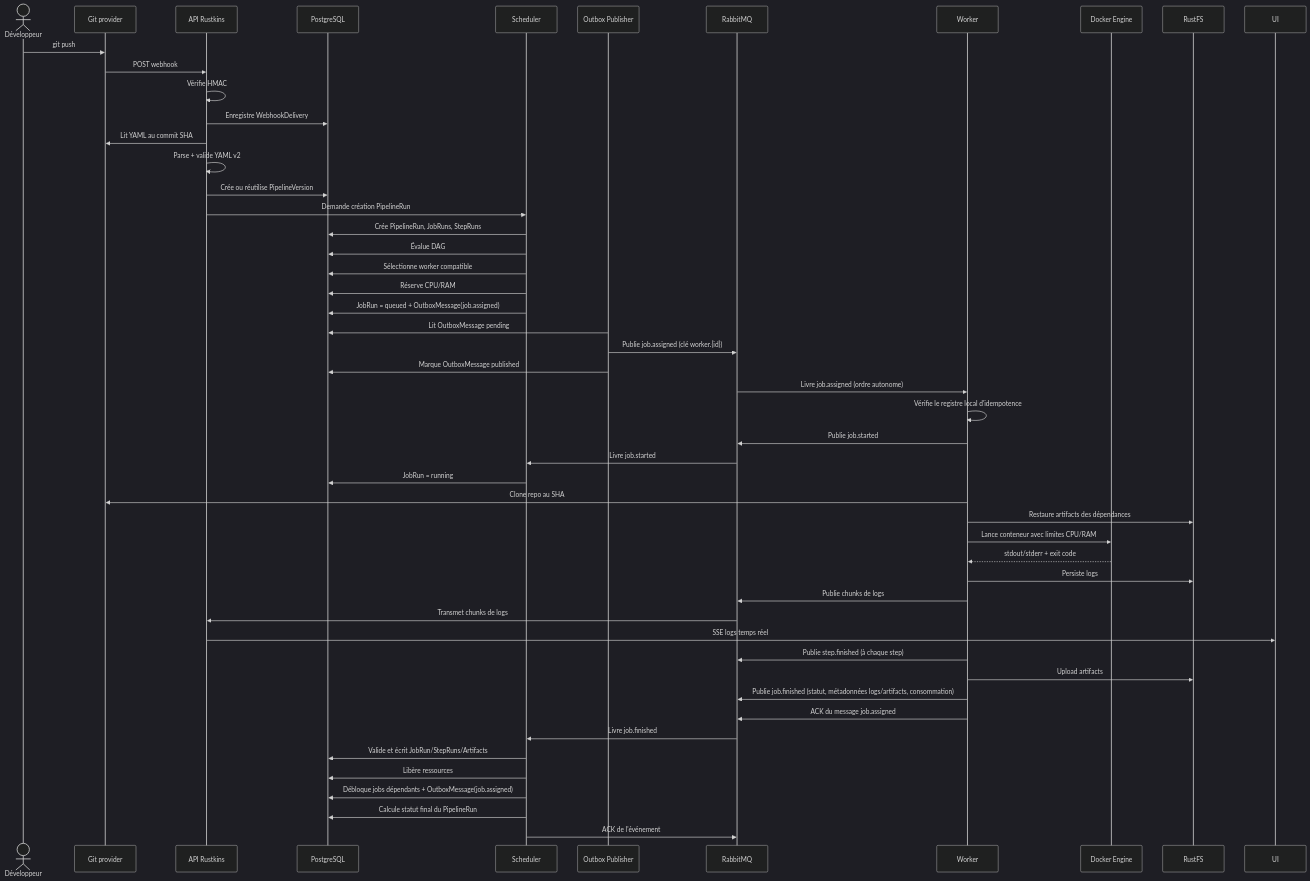
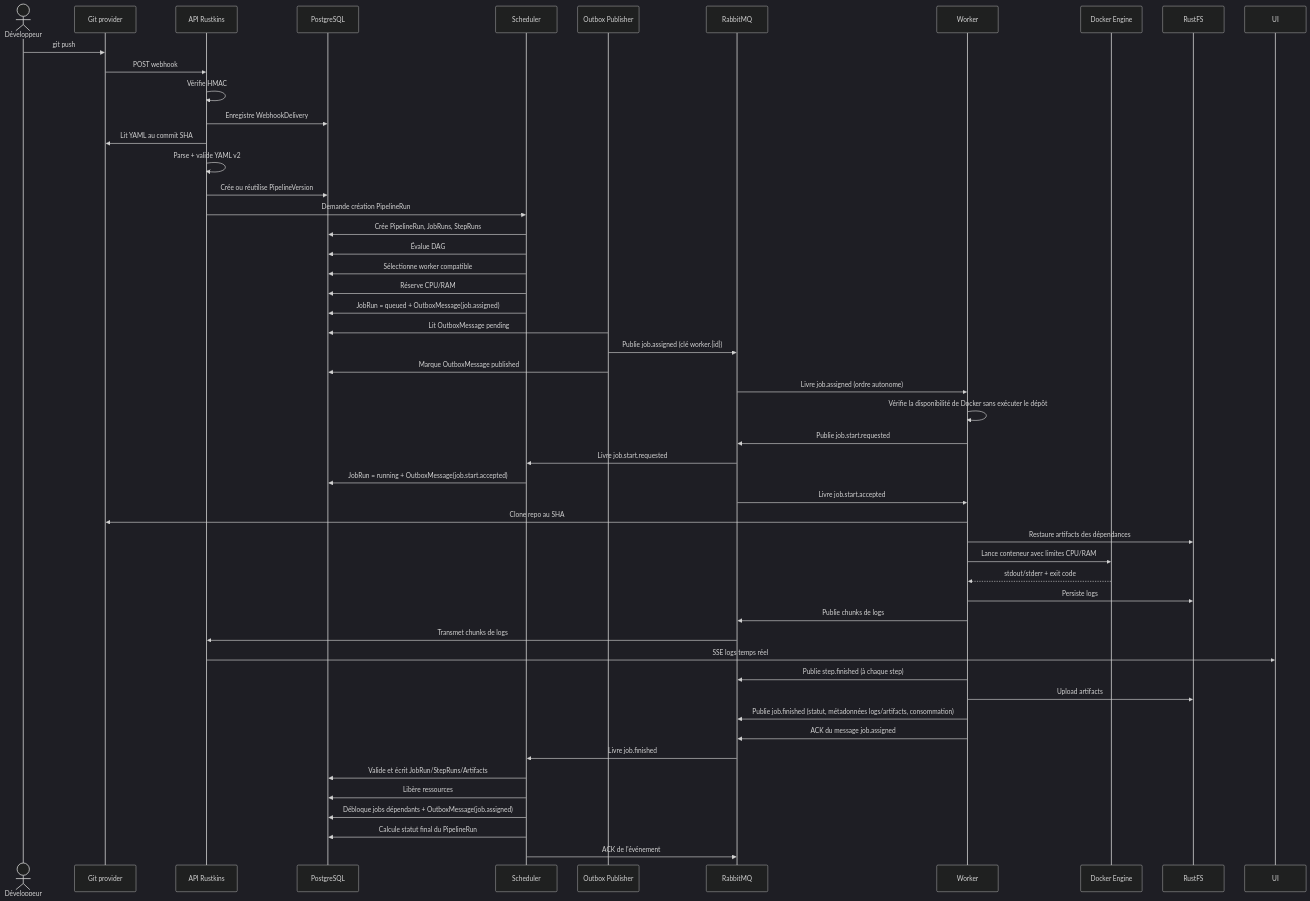
Before and after one commit to Rustkins-Project/RustkinsDocs: the fourth of 5 diagrams in docs/versions/v1/overview.md, drawn with Mermaid (dark theme). The commit also changed other lines of this file and 1 other file, not shown here.

````diff
--- a/docs/versions/v1/overview.md
+++ b/docs/versions/v1/overview.md
@@ -1089,58 +1094,59 @@
 ```mermaid
 sequenceDiagram
   actor Dev as Développeur
   participant Git as Git provider
   participant API as API Rustkins
   participant PG as PostgreSQL
   participant Scheduler as Scheduler
   participant Outbox as Outbox Publisher
   participant MQ as RabbitMQ
   participant Worker as Worker
   participant Docker as Docker Engine
   participant FS as RustFS
   participant UI as UI
 
   Dev->>Git: git push
   Git->>API: POST webhook
   API->>API: Vérifie HMAC
   API->>PG: Enregistre WebhookDelivery
   API->>Git: Lit YAML au commit SHA
   API->>API: Parse + valide YAML v2
   API->>PG: Crée ou réutilise PipelineVersion
   API->>Scheduler: Demande création PipelineRun
 
   Scheduler->>PG: Crée PipelineRun, JobRuns, StepRuns
   Scheduler->>PG: Évalue DAG
   Scheduler->>PG: Sélectionne worker compatible
   Scheduler->>PG: Réserve CPU/RAM
   Scheduler->>PG: JobRun = queued + OutboxMessage(job.assigned)
 
   Outbox->>PG: Lit OutboxMessage pending
   Outbox->>MQ: Publie job.assigned (clé worker.{id})
   Outbox->>PG: Marque OutboxMessage published
 
   MQ->>Worker: Livre job.assigned (ordre autonome)
-  Worker->>Worker: Vérifie le registre local d'idempotence
-  Worker->>MQ: Publie job.started
-  MQ->>Scheduler: Livre job.started
-  Scheduler->>PG: JobRun = running
+  Worker->>Worker: Vérifie la disponibilité de Docker sans exécuter le dépôt
+  Worker->>MQ: Publie job.start.requested
+  MQ->>Scheduler: Livre job.start.requested
+  Scheduler->>PG: JobRun = running + OutboxMessage(job.start.accepted)
+  MQ->>Worker: Livre job.start.accepted
   Worker->>Git: Clone repo au SHA
   Worker->>FS: Restaure artifacts des dépendances
   Worker->>Docker: Lance conteneur avec limites CPU/RAM
   Docker-->>Worker: stdout/stderr + exit code
   Worker->>FS: Persiste logs
   Worker->>MQ: Publie chunks de logs
   MQ->>API: Transmet chunks de logs
   API->>UI: SSE logs temps réel
   Worker->>MQ: Publie step.finished (à chaque step)
   Worker->>FS: Upload artifacts
   Worker->>MQ: Publie job.finished (statut, métadonnées logs/artifacts, consommation)
   Worker->>MQ: ACK du message job.assigned
 
   MQ->>Scheduler: Livre job.finished
   Scheduler->>PG: Valide et écrit JobRun/StepRuns/Artifacts
   Scheduler->>PG: Libère ressources
   Scheduler->>PG: Débloque jobs dépendants + OutboxMessage(job.assigned)
   Scheduler->>PG: Calcule statut final du PipelineRun
   Scheduler->>MQ: ACK de l'événement
 ```
````
